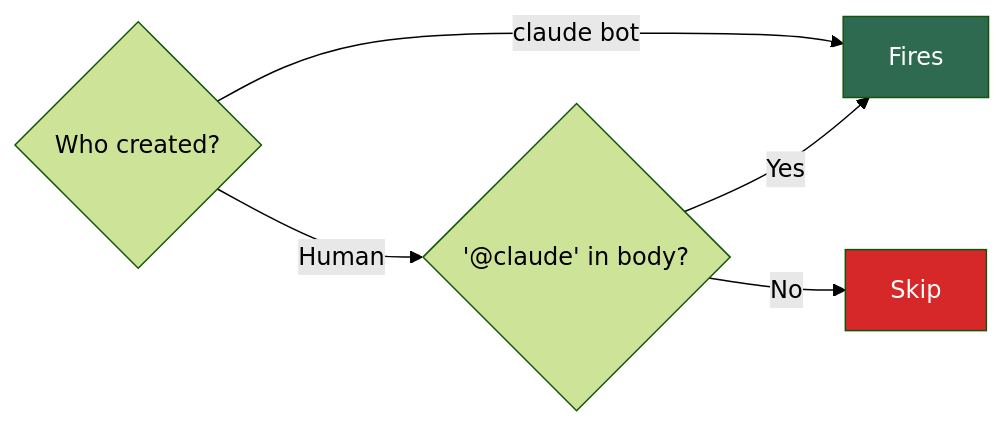
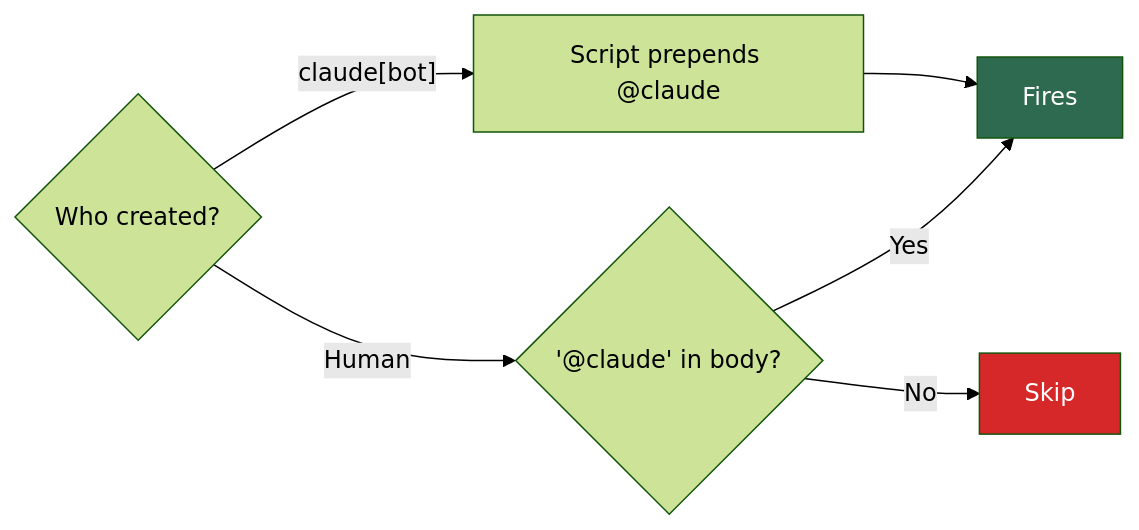
One commit to RyutoYoda/claude-continuous-loop changed the second of 3 diagrams in docs/architecture.md. Above: the diagram before and after it, drawn with Mermaid (forest theme). The commit also changed other lines of this file and 2 other files, not shown here.

First line of the commit message:
Major update: script-guaranteed steps + auto-merge

````diff
--- a/docs/architecture.md
+++ b/docs/architecture.md
@@ -23,11 +40,12 @@
 ```mermaid
 flowchart LR
     A{"Who created?"}
     A -->|Human| B{"'@claude' in body?"}
     B -->|Yes| C[Fires]
     B -->|No| D[Skip]
-    A -->|claude bot| C
+    A -->|"claude[bot]"| E["Script prepends @claude"]
+    E --> C
 
     style C fill:#2d6a4f,color:#fff
     style D fill:#d62828,color:#fff
 ```
````
